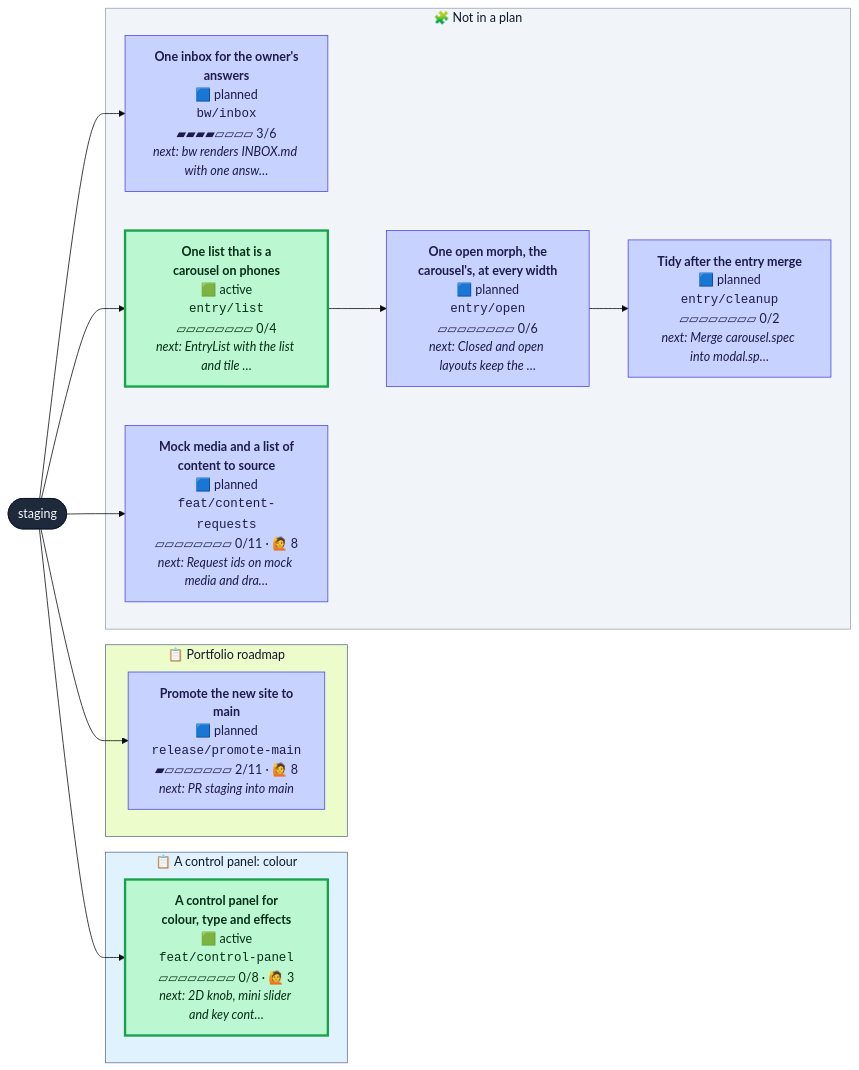
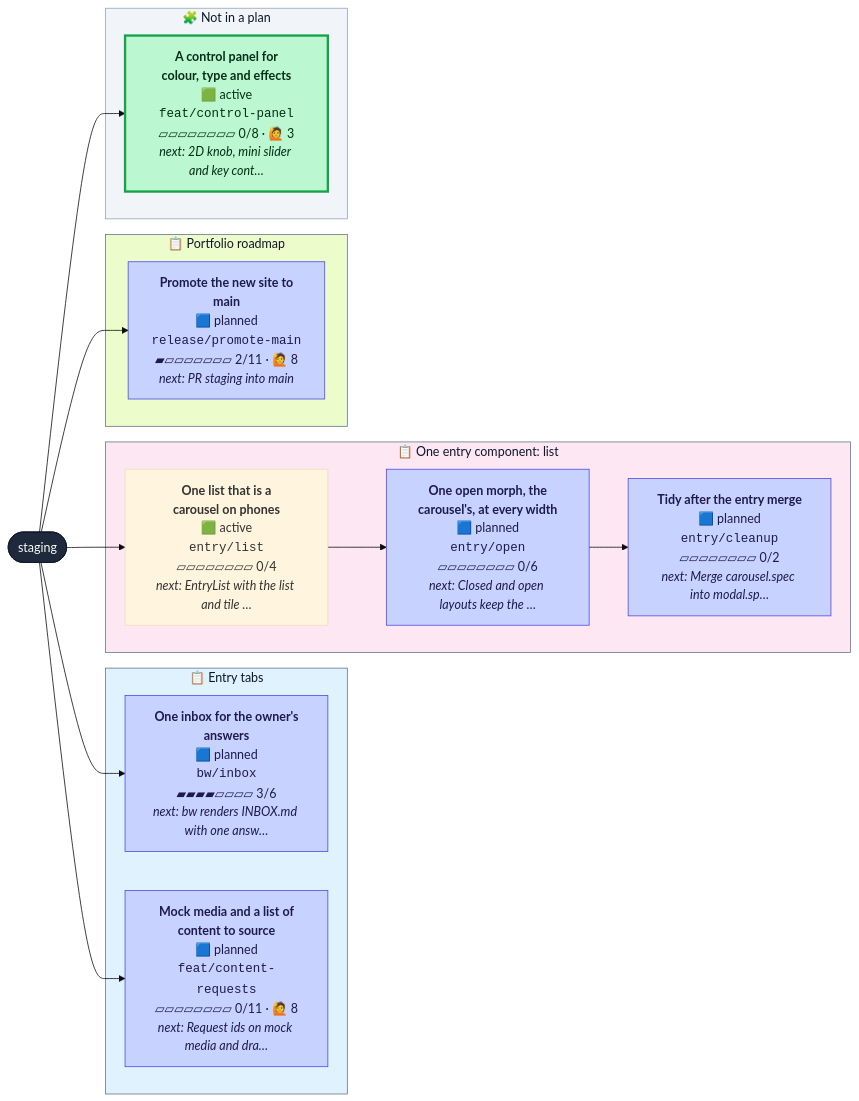
One commit to henryjonescodes/portfolio changed the diagram in CONTRIBUTING.md. Above: the diagram before and after it, drawn with Mermaid (base theme). The commit also changed other lines of this file and 1 other file, not shown here.

````diff
--- a/CONTRIBUTING.md
+++ b/CONTRIBUTING.md
@@ -16,41 +16,44 @@
 ```mermaid
 flowchart LR
   n_staging([staging])
   class n_staging trunk
-  subgraph plan_0["📋 A control panel: colour"]
-    n_feat_control_panel["<b>A control panel for<br/>colour, type and effects</b><br/>🟩 active<br/><code>feat/control-panel</code><br/>▱▱▱▱▱▱▱▱ 0/8 · 🙋 3<br/><i>next: 2D knob, mini slider and key cont…</i>"]
-    class n_feat_control_panel active
+  subgraph plan_0["📋 Entry tabs"]
+    n_bw_inbox["<b>One inbox for the owner's<br/>answers</b><br/>🟦 planned<br/><code>bw/inbox</code><br/>▰▰▰▰▱▱▱▱ 3/6<br/><i>next: bw renders INBOX.md with one answ…</i>"]
+    class n_bw_inbox planned
+    n_feat_content_requests["<b>Mock media and a list of<br/>content to source</b><br/>🟦 planned<br/><code>feat/content-requests</code><br/>▱▱▱▱▱▱▱▱ 0/11 · 🙋 8<br/><i>next: Request ids on mock media and dra…</i>"]
+    class n_feat_content_requests planned
   end
   style plan_0 fill:#e0f2fe,stroke:#64748b,color:#0f172a
+  subgraph plan_1["📋 One entry component: list"]
+    n_entry_cleanup["<b>Tidy after the entry merge</b><br/>🟦 planned<br/><code>entry/cleanup</code><br/>▱▱▱▱▱▱▱▱ 0/2<br/><i>next: Merge carousel.spec into modal.sp…</i>"]
+    class n_entry_cleanup planned
+    n_entry_list["<b>One list that is a<br/>carousel on phones</b><br/>🟩 active<br/><code>entry/list</code><br/>▱▱▱▱▱▱▱▱ 0/4<br/><i>next: EntryList with the list and tile …</i>"]
+    class n_entry_list active,current
+    n_entry_open["<b>One open morph, the<br/>carousel's, at every width</b><br/>🟦 planned<br/><code>entry/open</code><br/>▱▱▱▱▱▱▱▱ 0/6<br/><i>next: Closed and open layouts keep the …</i>"]
+    class n_entry_open planned
+  end
+  style plan_1 fill:#fce7f3,stroke:#64748b,color:#0f172a
   subgraph plan_2["📋 Portfolio roadmap"]
     n_release_promote_main["<b>Promote the new site to<br/>main</b><br/>🟦 planned<br/><code>release/promote-main</code><br/>▰▱▱▱▱▱▱▱ 2/11 · 🙋 8<br/><i>next: PR staging into main</i>"]
     class n_release_promote_main planned
   end
   style plan_2 fill:#ecfccb,stroke:#64748b,color:#0f172a
   subgraph loose["🧩 Not in a plan"]
-    n_bw_inbox["<b>One inbox for the owner's<br/>answers</b><br/>🟦 planned<br/><code>bw/inbox</code><br/>▰▰▰▰▱▱▱▱ 3/6<br/><i>next: bw renders INBOX.md with one answ…</i>"]
-    class n_bw_inbox planned
-    n_entry_cleanup["<b>Tidy after the entry merge</b><br/>🟦 planned<br/><code>entry/cleanup</code><br/>▱▱▱▱▱▱▱▱ 0/2<br/><i>next: Merge carousel.spec into modal.sp…</i>"]
-    class n_entry_cleanup planned
-    n_entry_list["<b>One list that is a<br/>carousel on phones</b><br/>🟩 active<br/><code>entry/list</code><br/>▱▱▱▱▱▱▱▱ 0/4<br/><i>next: EntryList with the list and tile …</i>"]
-    class n_entry_list active
-    n_entry_open["<b>One open morph, the<br/>carousel's, at every width</b><br/>🟦 planned<br/><code>entry/open</code><br/>▱▱▱▱▱▱▱▱ 0/6<br/><i>next: Closed and open layouts keep the …</i>"]
-    class n_entry_open planned
-    n_feat_content_requests["<b>Mock media and a list of<br/>content to source</b><br/>🟦 planned<br/><code>feat/content-requests</code><br/>▱▱▱▱▱▱▱▱ 0/11 · 🙋 8<br/><i>next: Request ids on mock media and dra…</i>"]
-    class n_feat_content_requests planned
+    n_feat_control_panel["<b>A control panel for<br/>colour, type and effects</b><br/>🟩 active<br/><code>feat/control-panel</code><br/>▱▱▱▱▱▱▱▱ 0/8 · 🙋 3<br/><i>next: 2D knob, mini slider and key cont…</i>"]
+    class n_feat_control_panel active
   end
   style loose fill:#f1f5f9,stroke:#94a3b8,color:#0f172a
   n_staging --> n_bw_inbox
   n_entry_open --> n_entry_cleanup
   n_staging --> n_entry_list
   n_entry_list --> n_entry_open
   n_staging --> n_feat_content_requests
   n_staging --> n_feat_control_panel
   n_staging --> n_release_promote_main
   classDef planned fill:#c7d2fe,stroke:#4f46e5,color:#1e1b4b
   classDef active fill:#bbf7d0,stroke:#16a34a,stroke-width:3px,color:#052e16
   classDef review fill:#fde68a,stroke:#d97706,stroke-width:3px,color:#451a03
   classDef blocked fill:#fecaca,stroke:#dc2626,stroke-width:3px,color:#450a0a
   classDef trunk fill:#1e293b,stroke:#0f172a,color:#f8fafc
   classDef current stroke:#0ea5e9,stroke-width:5px
 ```
````
